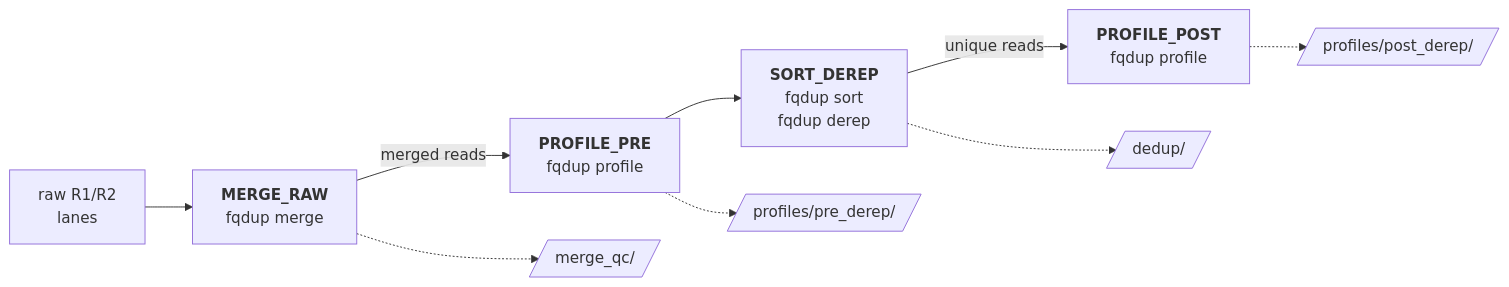
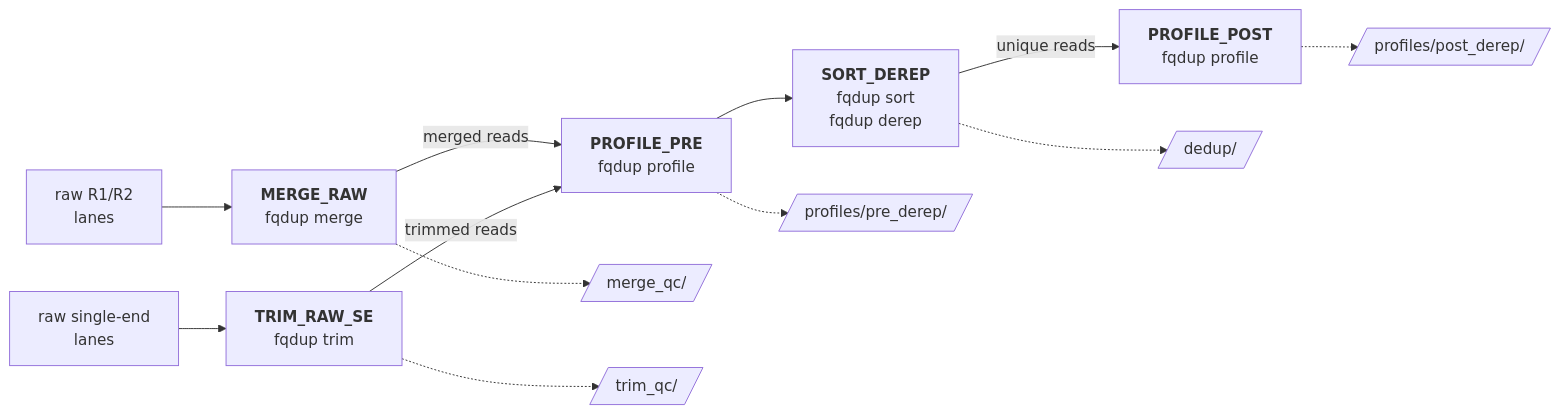
The diagram in README.md (genomewalker/fqdup-qc-nextflow), drawn with Mermaid before and after one commit. The commit also changed other lines of this file and 8 other files, not shown here.

First line of the commit message:
Route single-end samples through fqdup trim

````diff
--- a/README.md
+++ b/README.md
@@ -5,11 +5,14 @@
 ```mermaid
 flowchart LR
     R["raw R1/R2<br/>lanes"] --> M["<b>MERGE_RAW</b><br/>fqdup merge"]
+    S["raw single-end<br/>lanes"] --> T["<b>TRIM_RAW_SE</b><br/>fqdup trim"]
     M -->|merged reads| P1["<b>PROFILE_PRE</b><br/>fqdup profile"]
+    T -->|trimmed reads| P1
     P1 --> D["<b>SORT_DEREP</b><br/>fqdup sort<br/>fqdup derep"]
     D -->|unique reads| P2["<b>PROFILE_POST</b><br/>fqdup profile"]
     M -.-> O1[/"merge_qc/"/]
+    T -.-> O5[/"trim_qc/"/]
     P1 -.-> O2[/"profiles/pre_derep/"/]
     D -.-> O3[/"dedup/"/]
     P2 -.-> O4[/"profiles/post_derep/"/]
 ```
````
